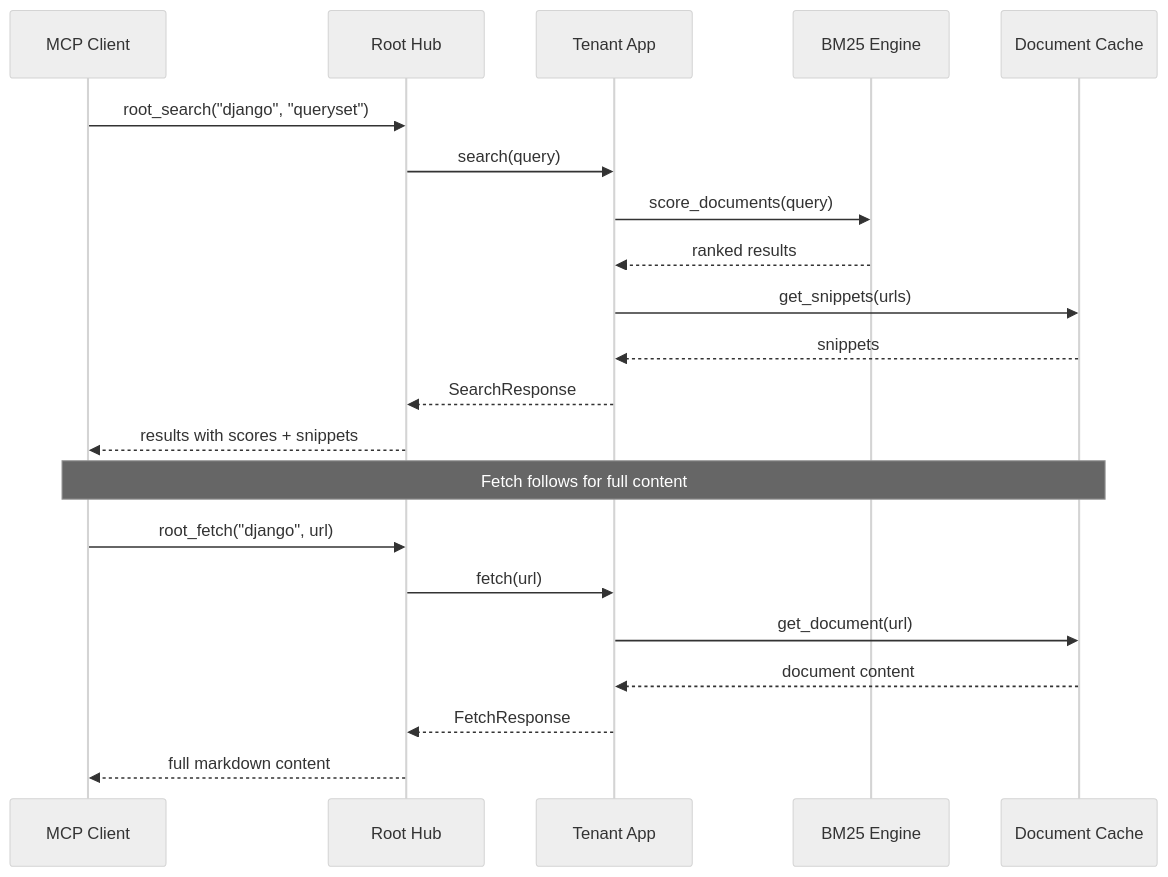
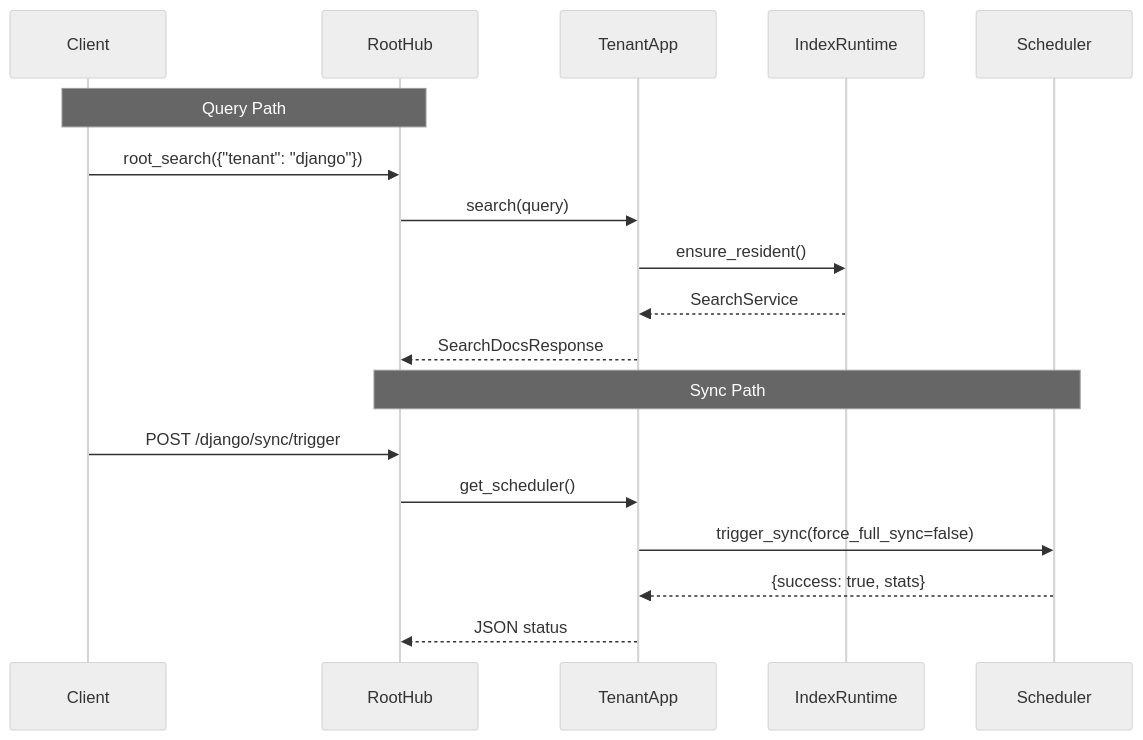
The second of 2 diagrams in docs/explanations/architecture.md (pankaj28843/docs-mcp-server), drawn with Mermaid (neutral theme) before and after one commit. The commit also changed other lines of this file and 15 other files, not shown here.

First line of the commit message:
Add unit tests for scheduler service properties and refactor tenant service tests

````diff
--- a/docs/explanations/architecture.md
+++ b/docs/explanations/architecture.md
@@ -111,26 +94,22 @@
 ```mermaid
 sequenceDiagram
-    participant Client as MCP Client
-    participant Hub as Root Hub
-    participant Tenant as Tenant App
-    participant Search as BM25 Engine
-    participant Cache as Document Cache
-    
-    Client->>Hub: root_search("django", "queryset")
-    Hub->>Tenant: search(query)
-    Tenant->>Search: score_documents(query)
-    Search-->>Tenant: ranked results
-    Tenant->>Cache: get_snippets(urls)
-    Cache-->>Tenant: snippets
-    Tenant-->>Hub: SearchResponse
-    Hub-->>Client: results with scores + snippets
-    
-    Note over Client,Cache: Fetch follows for full content
-    
-    Client->>Hub: root_fetch("django", url)
-    Hub->>Tenant: fetch(url)
-    Tenant->>Cache: get_document(url)
-    Cache-->>Tenant: document content
-    Tenant-->>Hub: FetchResponse
-    Hub-->>Client: full markdown content
+    participant Client
+    participant RootHub
+    participant TenantApp
+    participant IndexRuntime
+    participant Scheduler
+
+    Note over Client,RootHub: Query Path
+    Client->>RootHub: root_search({"tenant": "django"})
+    RootHub->>TenantApp: search(query)
+    TenantApp->>IndexRuntime: ensure_resident()
+    IndexRuntime-->>TenantApp: SearchService
+    TenantApp-->>RootHub: SearchDocsResponse
+
+    Note over RootHub,Scheduler: Sync Path
+    Client->>RootHub: POST /django/sync/trigger
+    RootHub->>TenantApp: get_scheduler()
+    TenantApp->>Scheduler: trigger_sync(force_full_sync=false)
+    Scheduler-->>TenantApp: {success: true, stats}
+    TenantApp-->>RootHub: JSON status
 ```
````
